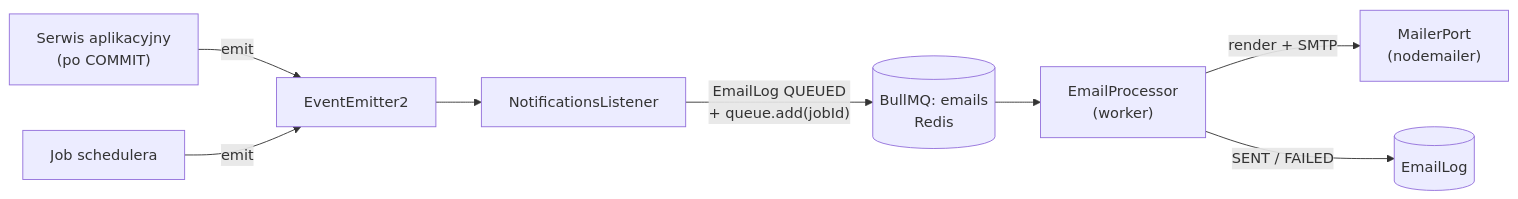
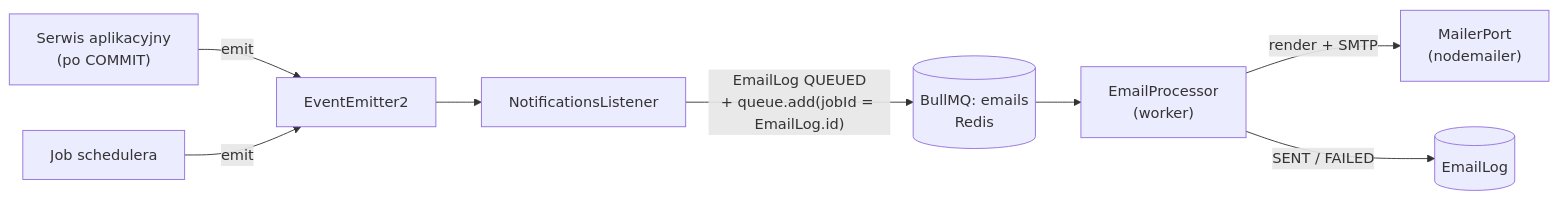
Before and after one commit to KamilW-git/Klucznik: the diagram in docs/architecture/async-and-jobs.md, drawn with Mermaid. The commit also changed other lines of this file and 75 other files, not shown here.

````diff
--- a/docs/architecture/async-and-jobs.md
+++ b/docs/architecture/async-and-jobs.md
@@ -8,10 +8,10 @@
 ```mermaid
 flowchart LR
   SVC["Serwis aplikacyjny<br/>(po COMMIT)"] -- emit --> EE["EventEmitter2"]
   JOB["Job schedulera"] -- emit --> EE
   EE --> L["NotificationsListener"]
-  L -- "EmailLog QUEUED<br/>+ queue.add(jobId)" --> Q[("BullMQ: emails<br/>Redis")]
+  L -- "EmailLog QUEUED<br/>+ queue.add(jobId = EmailLog.id)" --> Q[("BullMQ: emails<br/>Redis")]
   Q --> W["EmailProcessor<br/>(worker)"]
   W -- render + SMTP --> M["MailerPort<br/>(nodemailer)"]
   W -- "SENT / FAILED" --> LOG[("EmailLog")]
 ```
````
